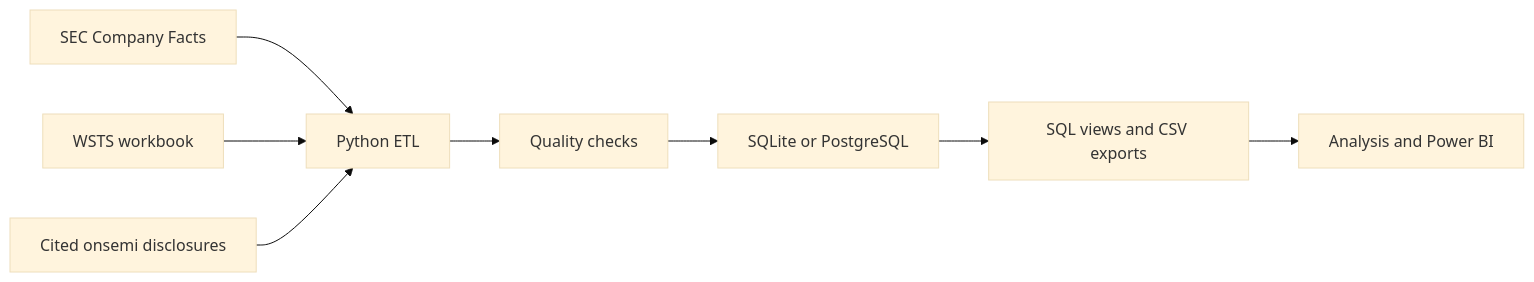
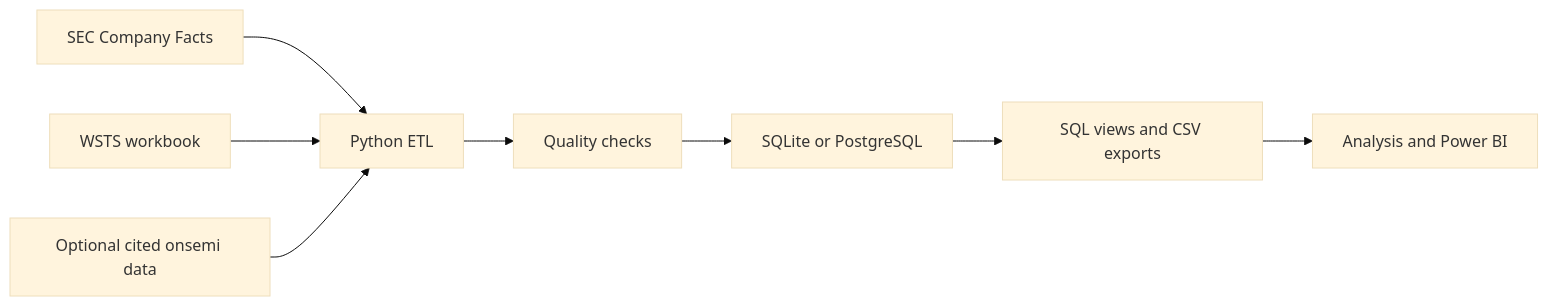
One commit to YB-Yottabyte/chip-market-insights changed the diagram in README.md. Above: the diagram before and after it, drawn with Mermaid (base theme). The commit also changed other lines of this file, not shown here.

Commit message:
Clarify general dashboard scope and data outputs

````diff
--- a/README.md
+++ b/README.md
@@ -32,10 +26,10 @@
 ```mermaid
 flowchart LR
     A[SEC Company Facts] --> C[Python ETL]
     B[WSTS workbook] --> C
-    D[Cited onsemi disclosures] --> C
+    D[Optional cited onsemi data] --> C
     C --> E[Quality checks]
     E --> F[SQLite or PostgreSQL]
     F --> G[SQL views and CSV exports]
     G --> H[Analysis and Power BI]
 ```
````
